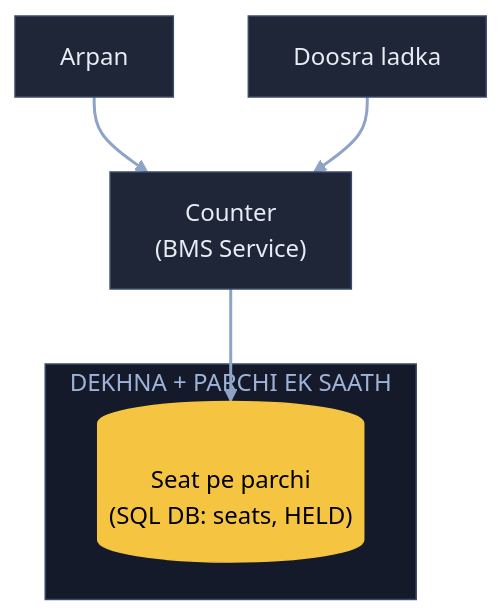
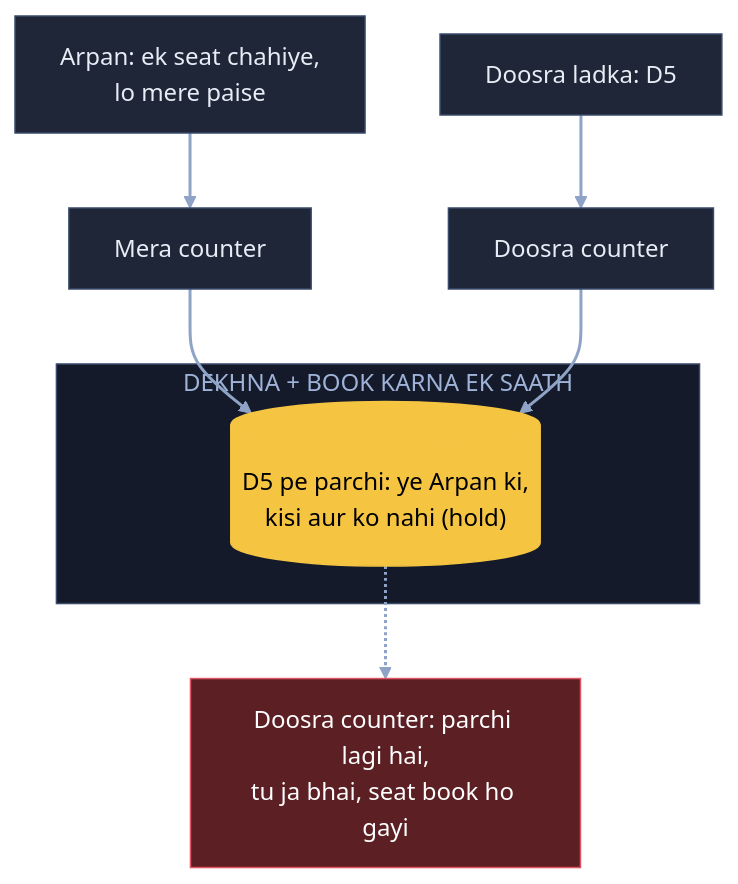
Before and after one commit to ArpanMaheshwari144/Prep: the first of 6 diagrams in 04_HLD/SYSTEM_DESIGNS/09_bookmyshow/09_bookmyshow.md, drawn with Mermaid. The commit also changed other lines of this file, not shown here.

Commit message:
BMS: 6 diagram hand notes ke shabdon se (do counter, ghadi 2 = seat, 'na' raasta hataya); K5 apni jodi lines hatai

````diff
--- a/04_HLD/SYSTEM_DESIGNS/09_bookmyshow/09_bookmyshow.md
+++ b/04_HLD/SYSTEM_DESIGNS/09_bookmyshow/09_bookmyshow.md
@@ -38,18 +38,22 @@
 ```mermaid
 flowchart TB
-    A["Arpan"]:::card
-    L["Doosra ladka"]:::card
-    S["Counter<br/>(BMS Service)"]:::card
-    subgraph EK["DEKHNA + PARCHI EK SAATH"]
-        D[("Seat pe parchi<br/>(SQL DB: seats, HELD)")]:::pill
+    A["Arpan: ek seat chahiye,<br/>lo mere paise"]:::card
+    L["Doosra ladka: D5"]:::card
+    C1["Mera counter"]:::card
+    C2["Doosra counter"]:::card
+    subgraph EK["DEKHNA + BOOK KARNA EK SAATH"]
+        D[("D5 pe parchi: ye Arpan ki,<br/>kisi aur ko nahi (hold)")]:::pill
     end
-    A --> S
-    L --> S
-    S --> D
+    X["Doosra counter: parchi lagi hai,<br/>tu ja bhai, seat book ho gayi"]:::bad
+    A --> C1
+    L --> C2
+    C1 --> D
+    C2 --> D
+    D -.-> X
     linkStyle default stroke:#8fa3c7,stroke-width:2px
     classDef card fill:#1e2638,stroke:#3a4a6b,color:#e8ecf5
     classDef pill fill:#f5c542,stroke:#f5c542,color:#000
     classDef good fill:#2e7d4f,stroke:#3fbf6f,color:#fff
     classDef bad fill:#5c1f24,stroke:#e05561,color:#fff
     style EK fill:#141a29,stroke:#3a4a6b,color:#9fb3d9
 ```
````
